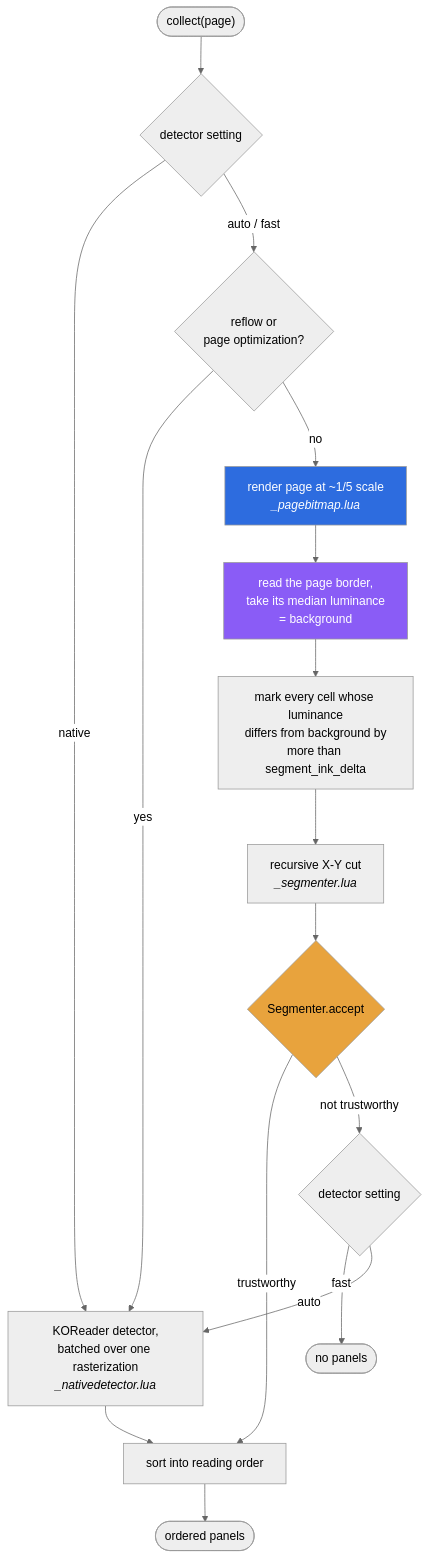
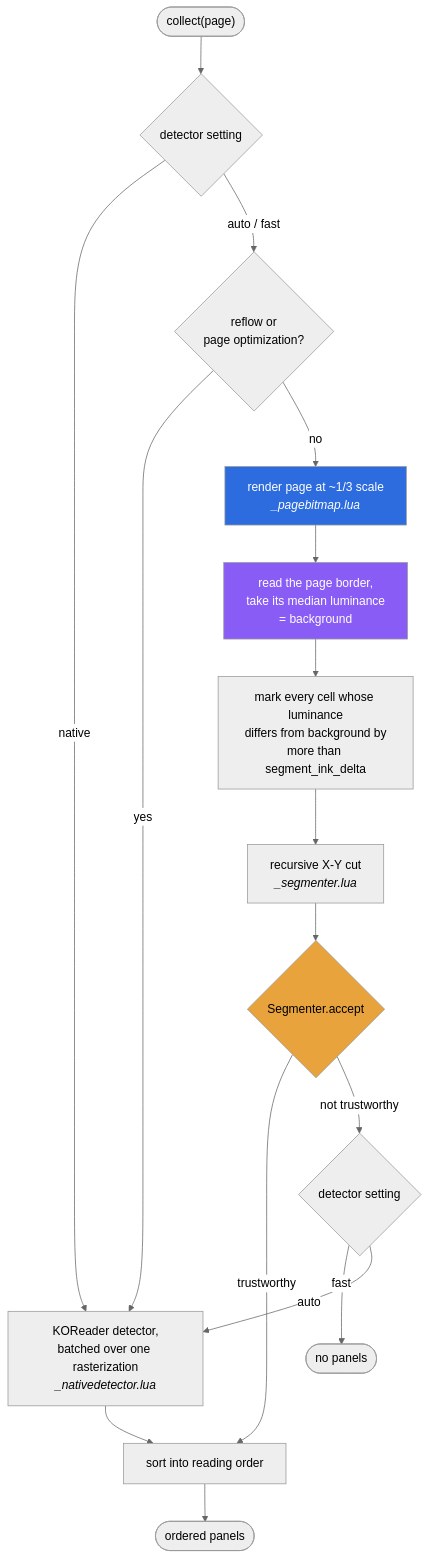
Before and after one commit to KristanLaimon/PanelsPlus: the first of 4 diagrams in docs/DETECTION.md, drawn with Mermaid (neutral theme). The commit also changed other lines of this file and 3 other files, not shown here.

````diff
--- a/docs/DETECTION.md
+++ b/docs/DETECTION.md
@@ -33,26 +33,26 @@
 ```mermaid
 flowchart TD
     START(["collect(page)"]) --> MODE{"detector setting"}
     MODE -->|native| NATIVE
     MODE -->|auto / fast| BLOCK{"reflow or<br/>page optimization?"}
 
     BLOCK -->|yes| NATIVE
-    BLOCK -->|no| RENDER["render page at ~1/5 scale<br/><i>_pagebitmap.lua</i>"]
+    BLOCK -->|no| RENDER["render page at ~1/3 scale<br/><i>_pagebitmap.lua</i>"]
 
     RENDER --> BG["read the page border,<br/>take its median luminance<br/>= background"]
     BG --> BIN["mark every cell whose luminance<br/>differs from background by<br/>more than segment_ink_delta"]
     BIN --> CUT["recursive X-Y cut<br/><i>_segmenter.lua</i>"]
     CUT --> ACCEPT{"Segmenter.accept"}
 
     ACCEPT -->|trustworthy| SORT["sort into reading order"]
     ACCEPT -->|not trustworthy| FB{"detector setting"}
     FB -->|fast| EMPTY(["no panels"])
     FB -->|auto| NATIVE["KOReader detector,<br/>batched over one rasterization<br/><i>_nativedetector.lua</i>"]
 
     NATIVE --> SORT
     SORT --> DONE(["ordered panels"])
 
     style RENDER fill:#2d6cdf,color:#fff
     style BG fill:#8a5cf6,color:#fff
     style ACCEPT fill:#e8a33d,color:#000
 ```
````
